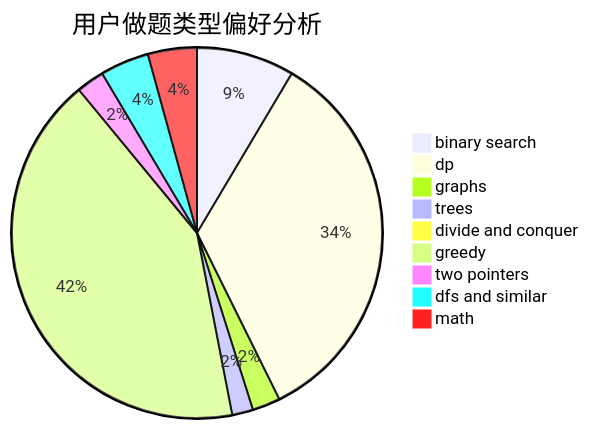
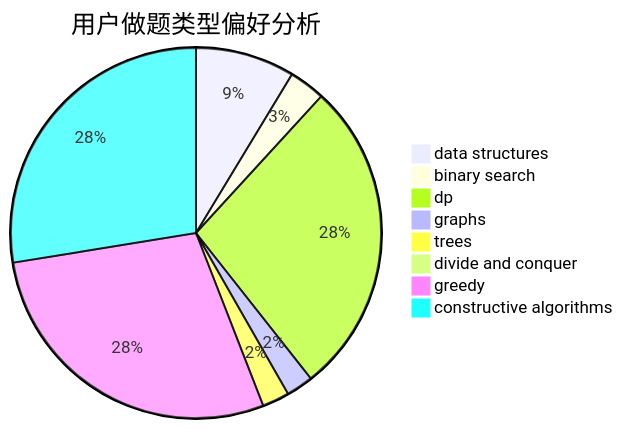
One commit to sherpahu/cfrs.github.io changed the second of 3 diagrams in docs/user/u2611.md. Above: the diagram before and after it, drawn with Mermaid. The commit also changed other lines of this file and 2775 other files, not shown here.

````diff
--- a/docs/user/u2611.md
+++ b/docs/user/u2611.md
@@ -23,12 +23,11 @@
 ```mermaid
 pie title 用户做题类型偏好分析
-    "binary search" :  14
-    "dp" :  56
-    "graphs" :  4
+    "data structures" :  11
+    "binary search" :  4
+    "dp" :  35
+    "graphs" :  3
     "trees" :  3
     "divide and conquer" :  0
-    "greedy" :  69
-    "two pointers" :  4
-    "dfs and similar" :  7
-    "math" :  7
+    "greedy" :  36
+    "constructive algorithms" :  35
 ```
````
